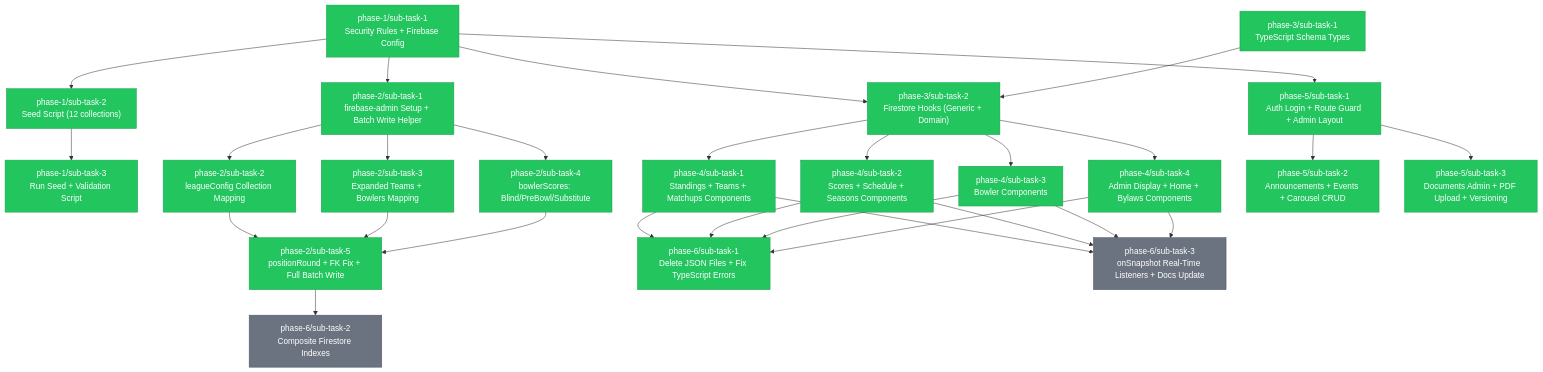
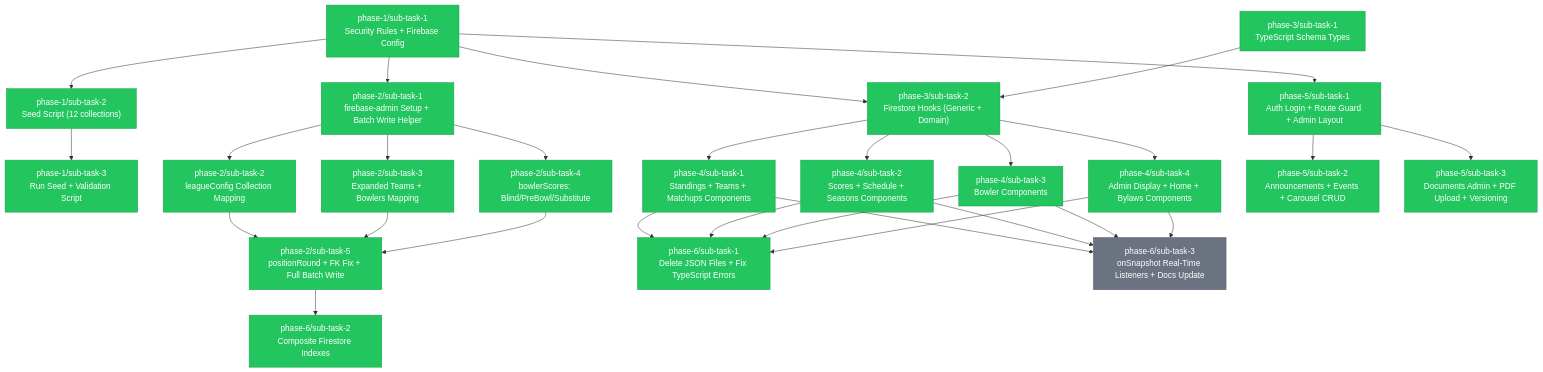
One commit to Bagwell-Oil-Imaging/late-night-happy-hour-league-site changed the diagram in .claude/tasks/TASKS.md. Above: the diagram before and after it, drawn with Mermaid. The commit also changed other lines of this file, not shown here.

````diff
--- a/.claude/tasks/TASKS.md
+++ b/.claude/tasks/TASKS.md
@@ -102,6 +102,6 @@
     class P5S2 completed
     class P5S3 completed
     class P6S1 completed
-    class P6S2 pending
+    class P6S2 completed
     class P6S3 pending
 ```
````
